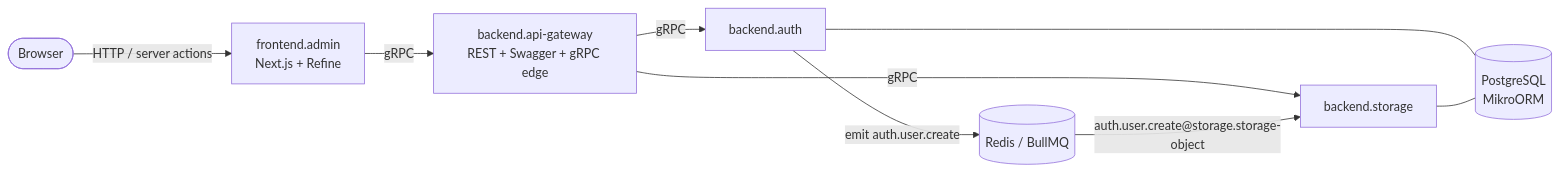
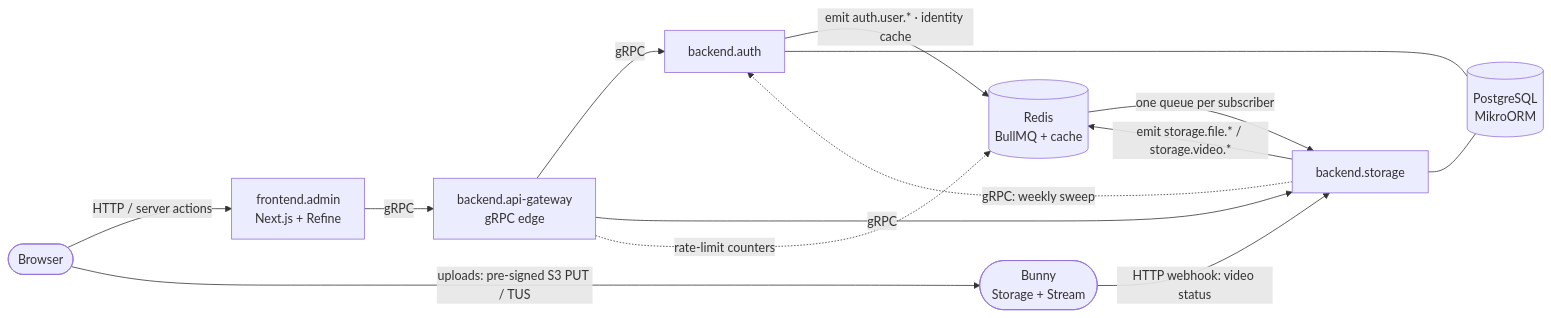
The second of 2 diagrams in README.md (yauheni-shcharbakou/base), drawn with Mermaid before and after one commit. The commit also changed other lines of this file, not shown here.

````diff
--- a/README.md
+++ b/README.md
@@ -57,15 +60,22 @@
 ```mermaid
 flowchart LR
   Browser(["Browser"])
+  Bunny(["Bunny<br/>Storage + Stream"])
+
   Browser -->|"HTTP / server actions"| Admin["frontend.admin<br/>Next.js + Refine"]
-  Admin -->|gRPC| GW["backend.api-gateway<br/>REST + Swagger + gRPC edge"]
+  Browser -->|"uploads: pre-signed S3 PUT / TUS"| Bunny
+  Admin -->|gRPC| GW["backend.api-gateway<br/>gRPC edge"]
 
   GW -->|gRPC| Auth["backend.auth"]
   GW -->|gRPC| Storage["backend.storage"]
+  Storage -.->|"gRPC: weekly sweep"| Auth
+  Bunny -->|"HTTP webhook: video status"| Storage
 
-  Auth -->|"emit auth.user.create"| Redis[("Redis / BullMQ")]
-  Redis -->|"auth.user.create@storage.storage-object"| Storage
+  Auth -->|"emit auth.user.* · identity cache"| Redis[("Redis<br/>BullMQ + cache")]
+  Storage -->|"emit storage.file.* / storage.video.*"| Redis
+  Redis -->|"one queue per subscriber"| Storage
+  GW -.->|"rate-limit counters"| Redis
 
   Auth --- PG[("PostgreSQL<br/>MikroORM")]
   Storage --- PG
 ```
````
